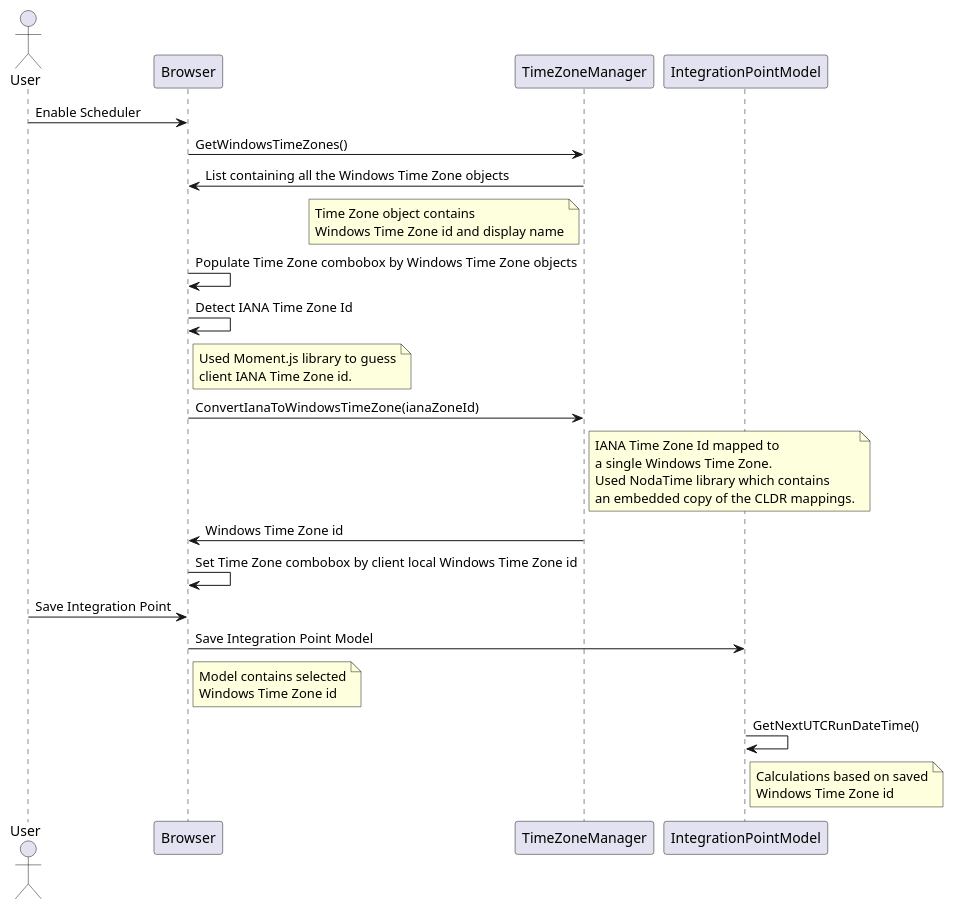
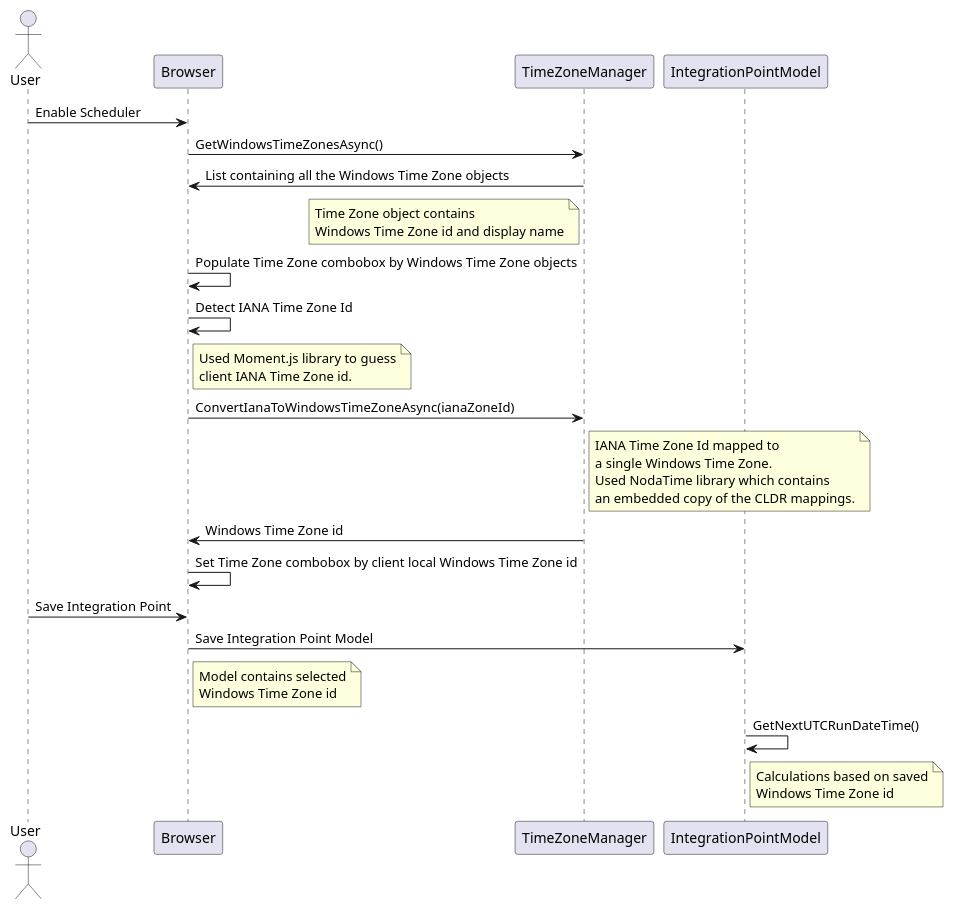
The diagram in documentation/diagrams/DefaultTimeZoneKeplerServices.pu (relativityone/server-integrationpoints-integrationpoints), drawn with PlantUML before and after one commit. The commit also changed 2 other files, not shown here.

```diff
--- a/documentation/diagrams/DefaultTimeZoneKeplerServices.pu
+++ b/documentation/diagrams/DefaultTimeZoneKeplerServices.pu
@@ -1,53 +1,53 @@
 @startuml
 
 actor User
 User -> Browser : Enable Scheduler
 
-Browser -> TimeZoneManager : GetWindowsTimeZones()
+Browser -> TimeZoneManager : GetWindowsTimeZonesAsync()
 
 Browser <- TimeZoneManager : List containing all the Windows Time Zone objects
 
 note left of TimeZoneManager
   Time Zone object contains
   Windows Time Zone id and display name
 end note
 
 Browser -> Browser : Populate Time Zone combobox by Windows Time Zone objects
 
 Browser -> Browser : Detect IANA Time Zone Id
 
 note right of Browser
   Used Moment.js library to guess
   client IANA Time Zone id.
 end note
 
-Browser -> TimeZoneManager : ConvertIanaToWindowsTimeZone(ianaZoneId)
+Browser -> TimeZoneManager : ConvertIanaToWindowsTimeZoneAsync(ianaZoneId)
 
 note right of TimeZoneManager
   IANA Time Zone Id mapped to
   a single Windows Time Zone.
   Used NodaTime library which contains
   an embedded copy of the CLDR mappings.
 end note
 
 TimeZoneManager -> Browser : Windows Time Zone id
 
 Browser -> Browser : Set Time Zone combobox by client local Windows Time Zone id
 
 User -> Browser : Save Integration Point
 
 Browser -> IntegrationPointModel : Save Integration Point Model
 
 note right of Browser
   Model contains selected
   Windows Time Zone id
 end note
 
 IntegrationPointModel -> IntegrationPointModel : GetNextUTCRunDateTime()
 
 note right of IntegrationPointModel
   Calculations based on saved
   Windows Time Zone id
 end note
 
 @enduml
```
